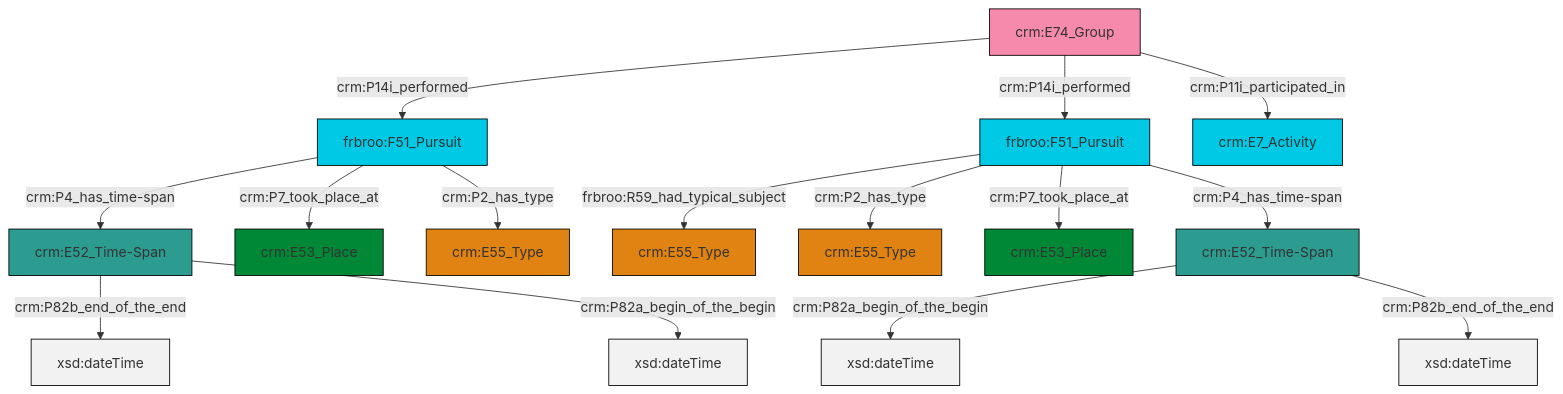
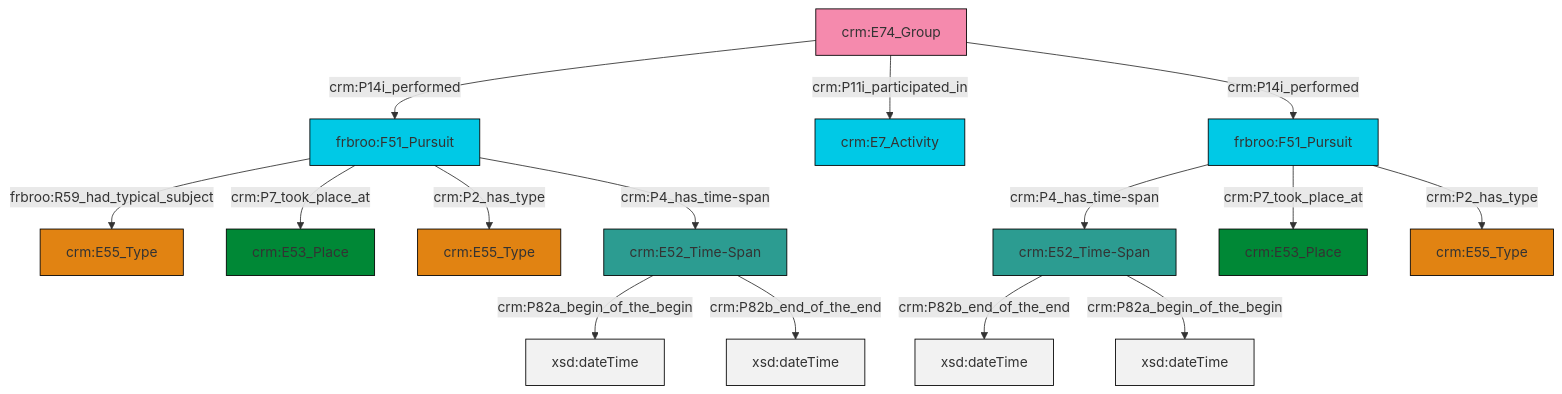
The diagram in et/groupCSV/ttl/mmd/group_events.ttl.mmd (swiss-art-research-net/reference-data-models), drawn with Mermaid before and after one commit. The commit also changed 128 other files, not shown here.

```diff
--- a/et/groupCSV/ttl/mmd/group_events.ttl.mmd
+++ b/et/groupCSV/ttl/mmd/group_events.ttl.mmd
@@ -1,29 +1,29 @@
 graph TD
 classDef Literal fill:#f2f2f2,stroke:#000000;
 classDef CRM_Entity fill:#FFFFFF,stroke:#000000;
 classDef Temporal_Entity fill:#00C9E6, stroke:#000000;
 classDef Type fill:#E18312, stroke:#000000;
 classDef Time-Span fill:#2C9C91, stroke:#000000;
 classDef Appellation fill:#FFEB7F, stroke:#000000;
 classDef Place fill:#008836, stroke:#000000;
 classDef Persistent_Item fill:#B266B2, stroke:#000000;
 classDef Conceptual_Object fill:#FFD700, stroke:#000000;
 classDef Physical_Thing fill:#D2B48C, stroke:#000000;
 classDef Actor fill:#f58aad, stroke:#000000;
 classDef PC_Classes fill:#4ce600, stroke:#000000;
 classDef Multi fill:#cccccc,stroke:#000000;
 
 0["frbroo:F51_Pursuit"]:::Temporal_Entity -->|frbroo:R59_had_typical_subject| 1["crm:E55_Type"]:::Type
+2["frbroo:F51_Pursuit"]:::Temporal_Entity -->|crm:P4_has_time-span| 3["crm:E52_Time-Span"]:::Time-Span
 4["crm:E52_Time-Span"]:::Time-Span -->|crm:P82a_begin_of_the_begin| 5[xsd:dateTime]:::Literal
-6["crm:E52_Time-Span"]:::Time-Span -->|crm:P82b_end_of_the_end| 7[xsd:dateTime]:::Literal
-11["frbroo:F51_Pursuit"]:::Temporal_Entity -->|crm:P4_has_time-span| 6["crm:E52_Time-Span"]:::Time-Span
-12["crm:E74_Group"]:::Actor -->|crm:P14i_performed| 11["frbroo:F51_Pursuit"]:::Temporal_Entity
-0["frbroo:F51_Pursuit"]:::Temporal_Entity -->|crm:P2_has_type| 13["crm:E55_Type"]:::Type
-11["frbroo:F51_Pursuit"]:::Temporal_Entity -->|crm:P7_took_place_at| 15["crm:E53_Place"]:::Place
-11["frbroo:F51_Pursuit"]:::Temporal_Entity -->|crm:P2_has_type| 8["crm:E55_Type"]:::Type
-12["crm:E74_Group"]:::Actor -->|crm:P14i_performed| 0["frbroo:F51_Pursuit"]:::Temporal_Entity
-12["crm:E74_Group"]:::Actor -->|crm:P11i_participated_in| 2["crm:E7_Activity"]:::Temporal_Entity
-4["crm:E52_Time-Span"]:::Time-Span -->|crm:P82b_end_of_the_end| 20[xsd:dateTime]:::Literal
-0["frbroo:F51_Pursuit"]:::Temporal_Entity -->|crm:P7_took_place_at| 24["crm:E53_Place"]:::Place
+3["crm:E52_Time-Span"]:::Time-Span -->|crm:P82b_end_of_the_end| 8[xsd:dateTime]:::Literal
+6["crm:E74_Group"]:::Actor -->|crm:P14i_performed| 0["frbroo:F51_Pursuit"]:::Temporal_Entity
+0["frbroo:F51_Pursuit"]:::Temporal_Entity -->|crm:P7_took_place_at| 11["crm:E53_Place"]:::Place
+4["crm:E52_Time-Span"]:::Time-Span -->|crm:P82b_end_of_the_end| 12[xsd:dateTime]:::Literal
+2["frbroo:F51_Pursuit"]:::Temporal_Entity -->|crm:P7_took_place_at| 16["crm:E53_Place"]:::Place
+0["frbroo:F51_Pursuit"]:::Temporal_Entity -->|crm:P2_has_type| 9["crm:E55_Type"]:::Type
+6["crm:E74_Group"]:::Actor -->|crm:P11i_participated_in| 13["crm:E7_Activity"]:::Temporal_Entity
+2["frbroo:F51_Pursuit"]:::Temporal_Entity -->|crm:P2_has_type| 18["crm:E55_Type"]:::Type
+6["crm:E74_Group"]:::Actor -->|crm:P14i_performed| 2["frbroo:F51_Pursuit"]:::Temporal_Entity
+3["crm:E52_Time-Span"]:::Time-Span -->|crm:P82a_begin_of_the_begin| 24[xsd:dateTime]:::Literal
 0["frbroo:F51_Pursuit"]:::Temporal_Entity -->|crm:P4_has_time-span| 4["crm:E52_Time-Span"]:::Time-Span
-6["crm:E52_Time-Span"]:::Time-Span -->|crm:P82a_begin_of_the_begin| 27[xsd:dateTime]:::Literal
```
